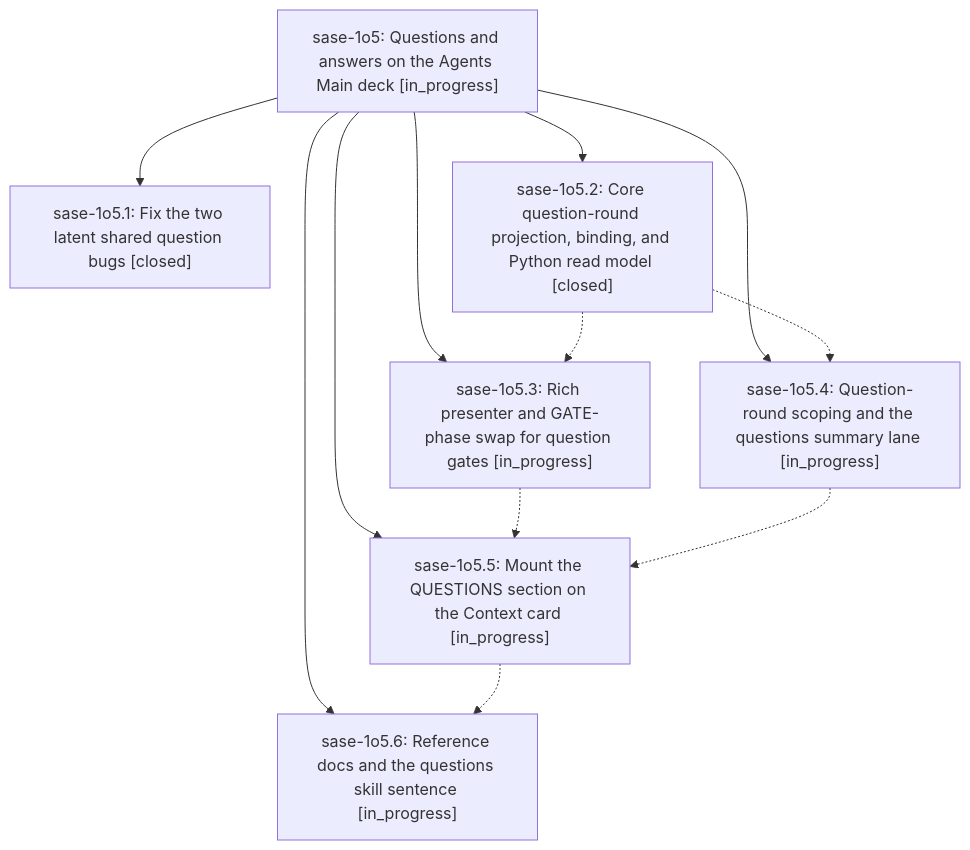
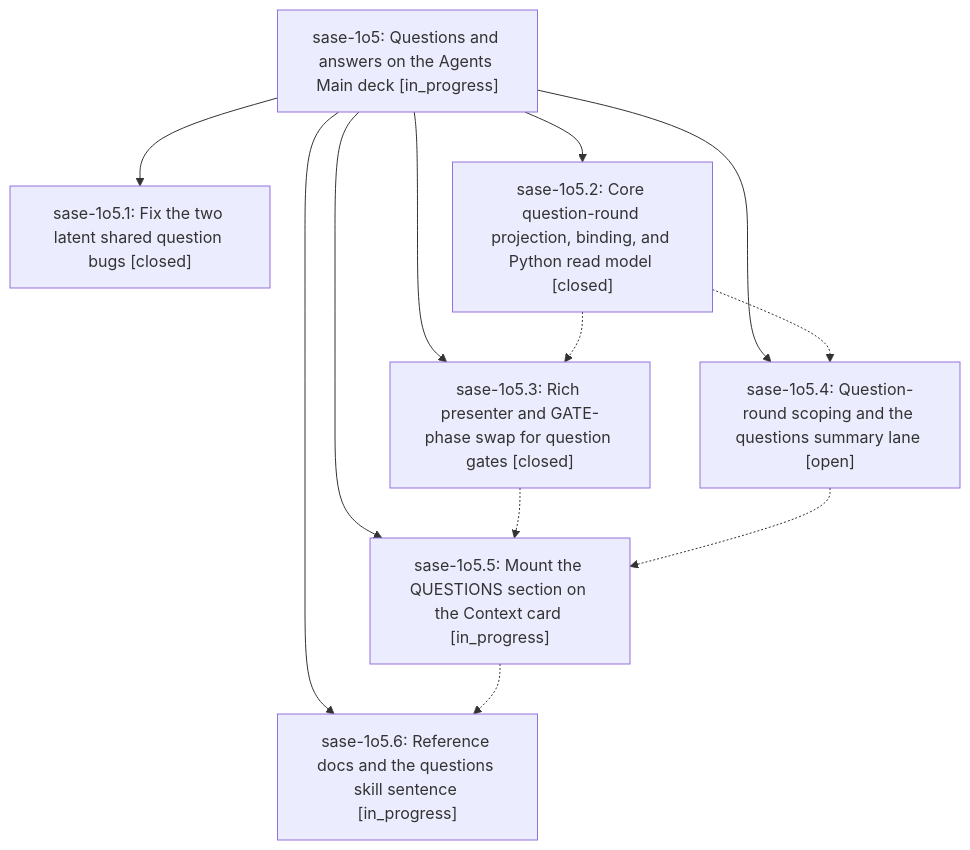
The diagram in pages/sase-1o5/README.md (sase-org/sase--beads), drawn with Mermaid before and after one commit. The commit also changed other lines of this file and 4 other files, not shown here.

````diff
--- a/pages/sase-1o5/README.md
+++ b/pages/sase-1o5/README.md
@@ -41,21 +41,21 @@
 ```mermaid
 flowchart TD
     n0["sase-1o5: Questions and answers on the Agents Main deck [in_progress]"]
     n1["sase-1o5.1: Fix the two latent shared question bugs [closed]"]
     n2["sase-1o5.2: Core question-round projection, binding, and Python read model [closed]"]
-    n3["sase-1o5.3: Rich presenter and GATE-phase swap for question gates [in_progress]"]
-    n4["sase-1o5.4: Question-round scoping and the questions summary lane [in_progress]"]
+    n3["sase-1o5.3: Rich presenter and GATE-phase swap for question gates [closed]"]
+    n4["sase-1o5.4: Question-round scoping and the questions summary lane [open]"]
     n5["sase-1o5.5: Mount the QUESTIONS section on the Context card [in_progress]"]
     n6["sase-1o5.6: Reference docs and the questions skill sentence [in_progress]"]
     n0 --> n1
     n0 --> n2
     n0 --> n3
     n0 --> n4
     n0 --> n5
     n0 --> n6
     n2 -.-> n3
     n2 -.-> n4
     n3 -.-> n5
     n4 -.-> n5
     n5 -.-> n6
 ```
````
